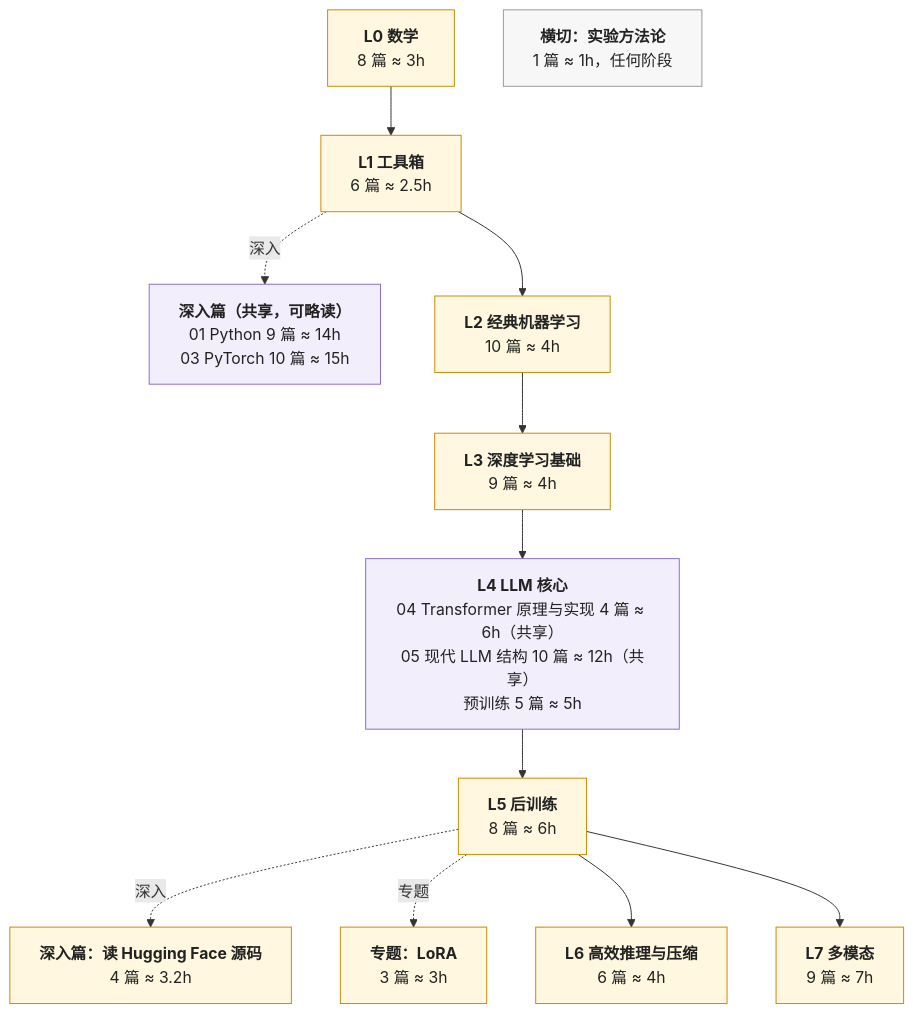
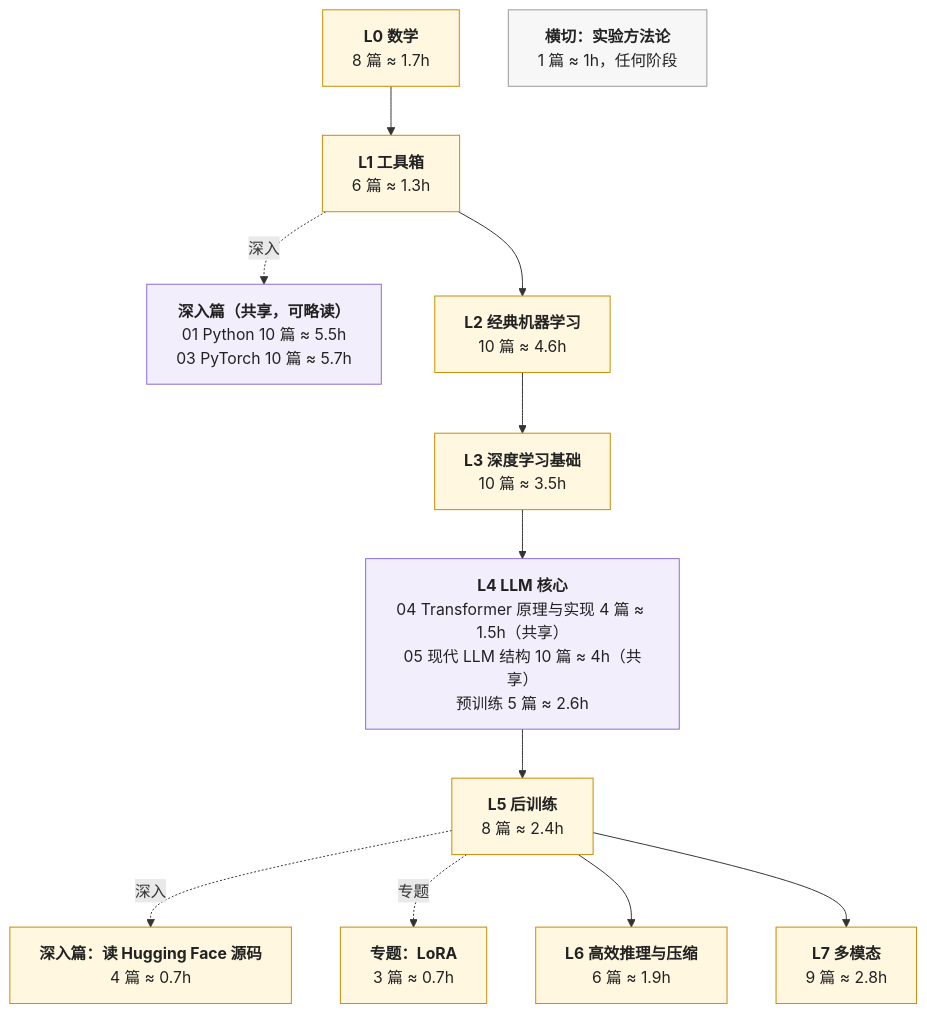
Before and after one commit to arganzheng/arganzheng.github.com: the second of 2 diagrams in _posts/2026-01-02-ai-algorithm-engineer-learning-roadmap.md, drawn with Mermaid. The commit also changed other lines of this file and 3 other files, not shown here.

First line of the commit message:
三张地图审视 P0（D）：三张地图文的编号、篇数与时长

````diff
--- a/_posts/2026-01-02-ai-algorithm-engineer-learning-roadmap.md
+++ b/_posts/2026-01-02-ai-algorithm-engineer-learning-roadmap.md
@@ -89,45 +89,45 @@
 ```mermaid
 %%{init: {"flowchart": {"wrappingWidth": 260}}}%%
 %% 图：学习路径：L0–L7 八层加横切，紫色两处与 Infra 地图共享
 flowchart TB
     L0["`**L0 数学**
-8 篇 ≈ 3h`"]
+8 篇 ≈ 1.7h`"]
     L1["`**L1 工具箱**
-6 篇 ≈ 2.5h`"]
+6 篇 ≈ 1.3h`"]
     D["`**深入篇（共享，可略读）**
-01 Python 9 篇 ≈ 14h
-03 PyTorch 10 篇 ≈ 15h`"]
+01 Python 10 篇 ≈ 5.5h
+03 PyTorch 10 篇 ≈ 5.7h`"]
     L2["`**L2 经典机器学习**
-10 篇 ≈ 4h`"]
+10 篇 ≈ 4.6h`"]
     L3["`**L3 深度学习基础**
-9 篇 ≈ 4h`"]
+10 篇 ≈ 3.5h`"]
     L4["`**L4 LLM 核心**
-04 Transformer 原理与实现 4 篇 ≈ 6h（共享）
-05 现代 LLM 结构 10 篇 ≈ 12h（共享）
-预训练 5 篇 ≈ 5h`"]
+04 Transformer 原理与实现 4 篇 ≈ 1.5h（共享）
+05 现代 LLM 结构 10 篇 ≈ 4h（共享）
+预训练 5 篇 ≈ 2.6h`"]
     L5["`**L5 后训练**
-8 篇 ≈ 6h`"]
+8 篇 ≈ 2.4h`"]
     H["`**深入篇：读 Hugging Face 源码**
-4 篇 ≈ 3.2h`"]
+4 篇 ≈ 0.7h`"]
     LR["`**专题：LoRA**
-3 篇 ≈ 3h`"]
+3 篇 ≈ 0.7h`"]
     L6["`**L6 高效推理与压缩**
-6 篇 ≈ 4h`"]
+6 篇 ≈ 1.9h`"]
     L7["`**L7 多模态**
-9 篇 ≈ 7h`"]
+9 篇 ≈ 2.8h`"]
     X["`**横切：实验方法论**
 1 篇 ≈ 1h，任何阶段`"]
     L0 --> L1 --> L2 --> L3 --> L4 --> L5
     L1 -. 深入 .-> D
     L5 -. 深入 .-> H
     L5 -. 专题 .-> LR
     L5 --> L6
     L5 --> L7
 
     classDef algo fill:#fff7e0,stroke:#c98a00,stroke-width:1px,color:#222
     classDef shared fill:#f3eefc,stroke:#8a6bd1,stroke-width:1px,color:#222
     classDef cross fill:#f7f7f7,stroke:#999,stroke-width:1px,color:#222
     class L0,L1,L2,L3,L5,L6,L7,H,LR algo
     class D,L4 shared
     class X cross
 ```
````
